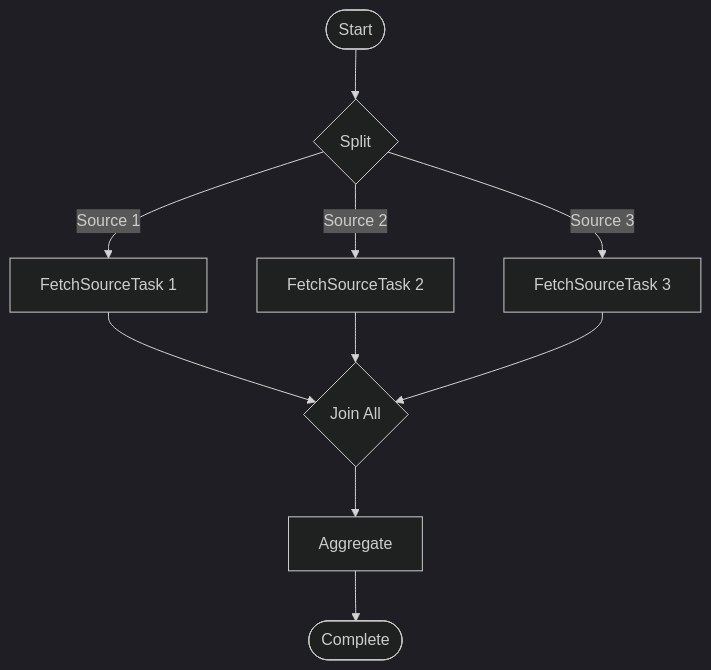
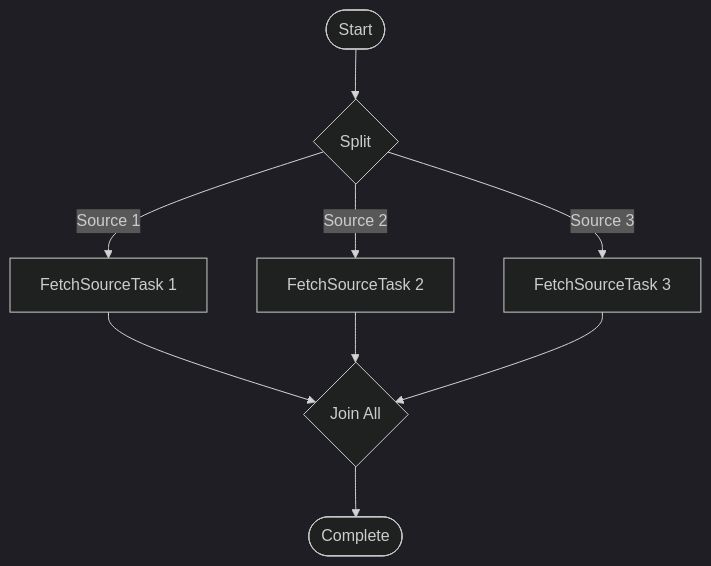
The diagram in README.md (nassor/cano), drawn with Mermaid (dark theme) before and after one commit. The commit also changed other lines of this file, not shown here.

Commit message:
fix: update workflow state transitions to remove Aggregate step and streamline process

````diff
--- a/README.md
+++ b/README.md
@@ -40,12 +40,11 @@
 ```mermaid
 graph TD
     Start([Start]) --> Split{Split}
     Split -->|Source 1| T1[FetchSourceTask 1]
     Split -->|Source 2| T2[FetchSourceTask 2]
     Split -->|Source 3| T3[FetchSourceTask 3]
     T1 --> Join{Join All}
     T2 --> Join
     T3 --> Join
-    Join --> Aggregate[Aggregate]
-    Aggregate --> Complete([Complete])
+    Join --> Complete([Complete])
 ```
````
